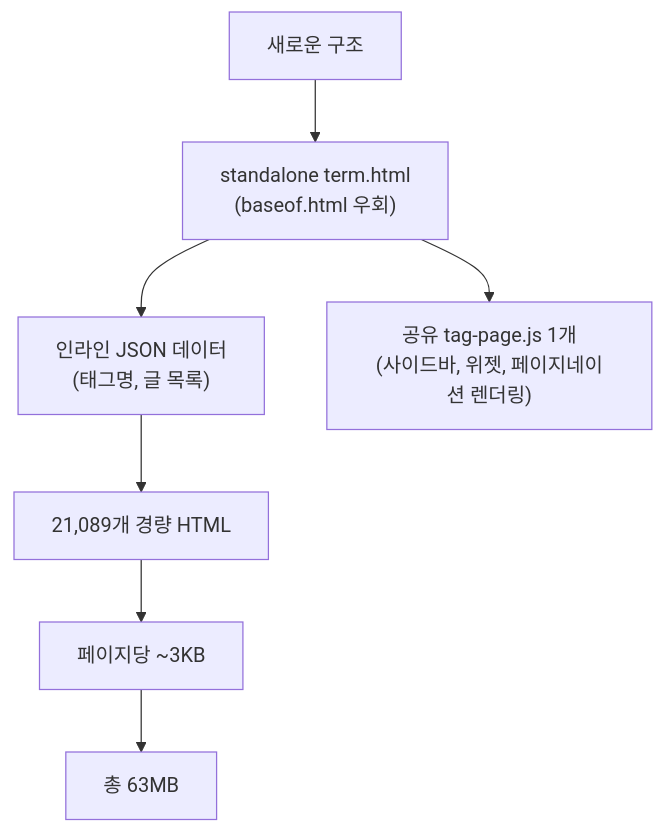
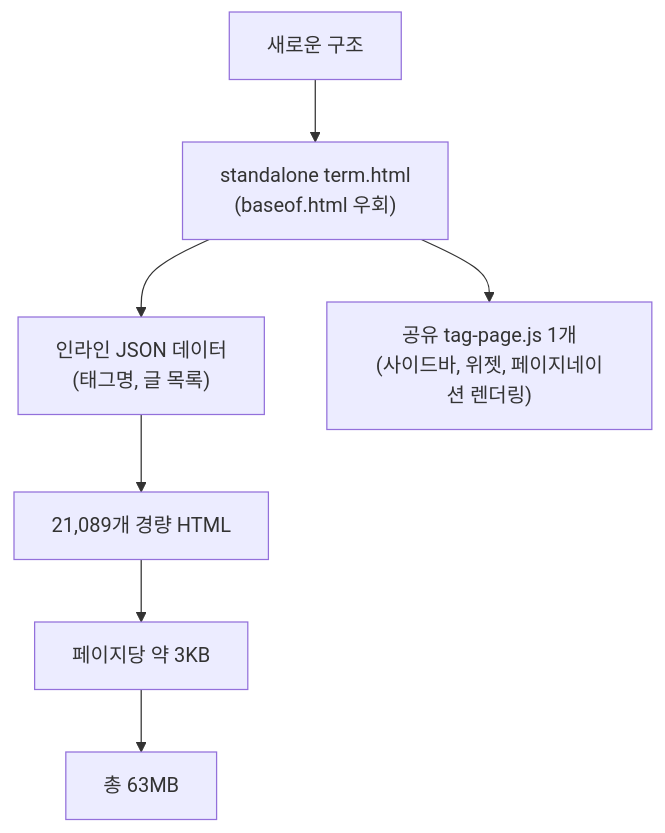
One commit to 42jerrykim/42jerrykim.github.io changed the third of 5 diagrams in content/post/2026/2026-02-24-hugo-build-optimization-github-pages/index.md. Above: the diagram before and after it, drawn with Mermaid. The commit also changed other lines of this file and 239 other files, not shown here.

````diff
--- a/content/post/2026/2026-02-24-hugo-build-optimization-github-pages/index.md
+++ b/content/post/2026/2026-02-24-hugo-build-optimization-github-pages/index.md
@@ -163,9 +203,9 @@
 ```mermaid
 flowchart TD
-    A["새로운 구조"] --> B["standalone term.html</br>(baseof.html 우회)"]
-    B --> C["인라인 JSON 데이터</br>(태그명, 글 목록)"]
-    B --> D["공유 tag-page.js 1개</br>(사이드바, 위젯, 페이지네이션 렌더링)"]
-    C --> E["21,089개 경량 HTML"]
-    E --> F["페이지당 ~3KB"]
-    F --> G["총 63MB"]
+    NewRoot["새로운 구조"] --> Standalone["standalone term.html</br>(baseof.html 우회)"]
+    Standalone --> InlineData["인라인 JSON 데이터</br>(태그명, 글 목록)"]
+    Standalone --> SharedJs["공유 tag-page.js 1개</br>(사이드바, 위젯, 페이지네이션 렌더링)"]
+    InlineData --> LightHtml["21,089개 경량 HTML"]
+    LightHtml --> PerPageSmall["페이지당 약 3KB"]
+    PerPageSmall --> TotalSmall["총 63MB"]
 ```
````
